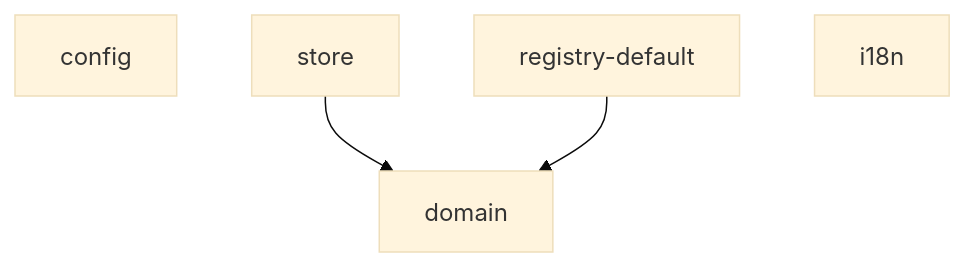
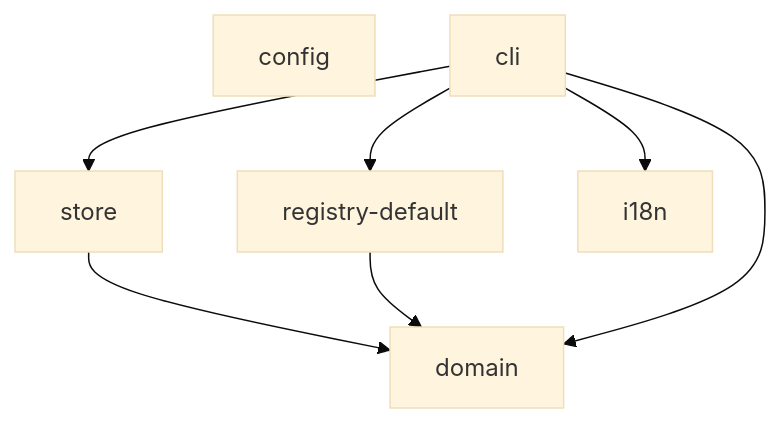
The diagram in docs/dependency-graph.md (thap-nv/the-world-of-elvaria), drawn with Mermaid (base theme) before and after one commit. The commit also changed other lines of this file and 70 other files, not shown here.

````diff
--- a/docs/dependency-graph.md
+++ b/docs/dependency-graph.md
@@ -7,10 +7,15 @@
 ```mermaid
 flowchart TD
   config["config"]
   domain["domain"]
   store["store"]
   registry_default["registry-default"]
   i18n["i18n"]
+  cli["cli"]
   store --> domain
   registry_default --> domain
+  cli --> domain
+  cli --> i18n
+  cli --> registry_default
+  cli --> store
 ```
````
